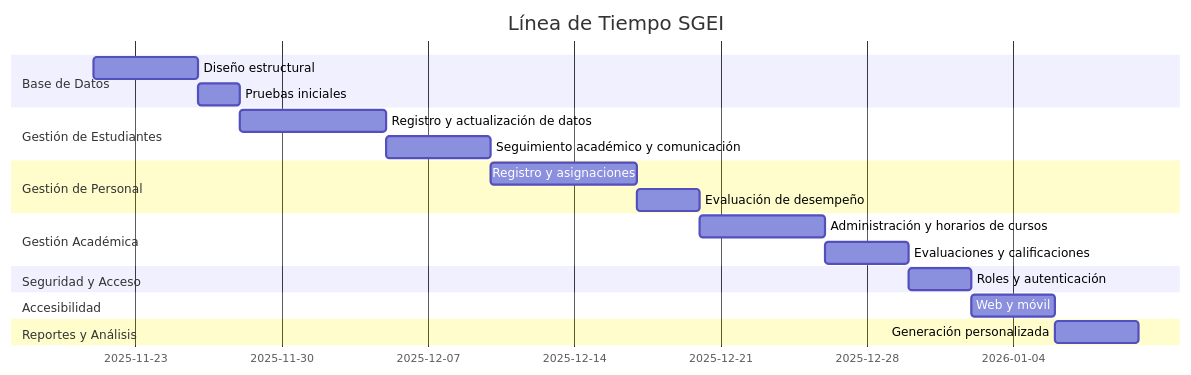
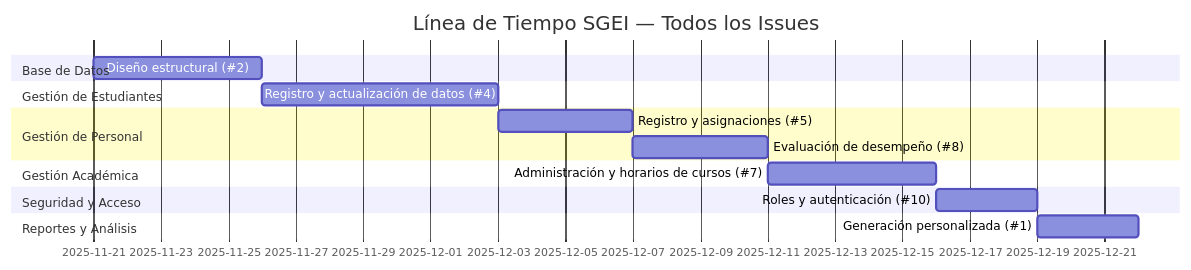
The diagram in timeline.md (CEPE1724/my-app), drawn with Mermaid before and after one commit. The commit also changed other lines of this file, not shown here.

Commit message:
Revise project timeline with issues and details
Updated the project timeline to include issue numbers and a summary table.

````diff
--- a/timeline.md
+++ b/timeline.md
@@ -3,23 +3,24 @@
 ```mermaid
 gantt
-    title Línea de Tiempo SGEI
+    title Línea de Tiempo SGEI — Todos los Issues
     dateFormat  YYYY-MM-DD
+
     section Base de Datos
-    Diseño estructural      :a1, 2025-11-21, 5d
-    Pruebas iniciales       :a2, after a1, 2d
+    Diseño estructural (#2)                :a1, 2025-11-21, 5d
+
     section Gestión de Estudiantes
-    Registro y actualización de datos    :b1, after a2, 7d
-    Seguimiento académico y comunicación :b2, after b1, 5d
+    Registro y actualización de datos (#4)  :a2, after a1, 7d
+
     section Gestión de Personal
-    Registro y asignaciones  :c1, after b2, 7d
-    Evaluación de desempeño  :c2, after c1, 3d
+    Registro y asignaciones (#5)            :a3, after a2, 4d
+    Evaluación de desempeño (#8)            :a4, after a3, 4d
+
     section Gestión Académica
-    Administración y horarios de cursos  :d1, after c2, 6d
-    Evaluaciones y calificaciones        :d2, after d1, 4d
+    Administración y horarios de cursos (#7)  :b1, after a4, 5d
+
     section Seguridad y Acceso
-    Roles y autenticación    :e1, after d2, 3d
-    section Accesibilidad
-    Web y móvil              :f1, after e1, 4d
+    Roles y autenticación (#10)             :c1, after b1, 3d
+
     section Reportes y Análisis
-    Generación personalizada :g1, after f1, 4d
+    Generación personalizada (#1)           :d1, after c1, 3d
 ```
````
